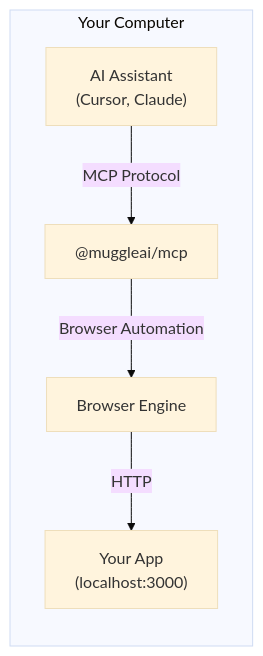
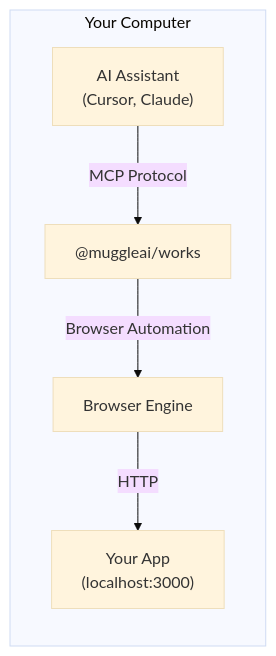
One commit to multiplex-ai/muggle-ai-docs changed the first of 3 diagrams in local-testing/overview.md. Above: the diagram before and after it, drawn with Mermaid (base theme). The commit also changed other lines of this file and 11 other files, not shown here.

First line of the commit message:
docs: rename @muggleai/mcp to @muggleai/works across MCP and local-testing docs

````diff
--- a/local-testing/overview.md
+++ b/local-testing/overview.md
@@ -20,13 +20,13 @@
 ```mermaid
 flowchart LR
     subgraph dev["Your Computer"]
         A["AI Assistant<br/>(Cursor, Claude)"]
-        B["@muggleai/mcp"]
+        B["@muggleai/works"]
         C["Browser Engine"]
         D["Your App<br/>(localhost:3000)"]
         
         A -->|"MCP Protocol"| B
         B -->|"Browser Automation"| C
         C -->|"HTTP"| D
     end
 ```
````
